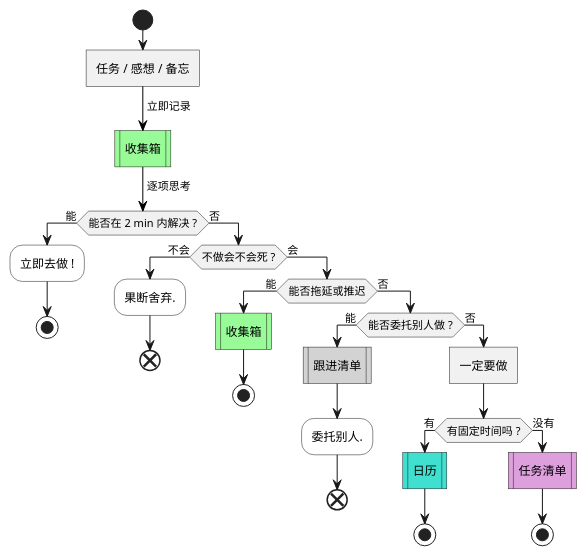
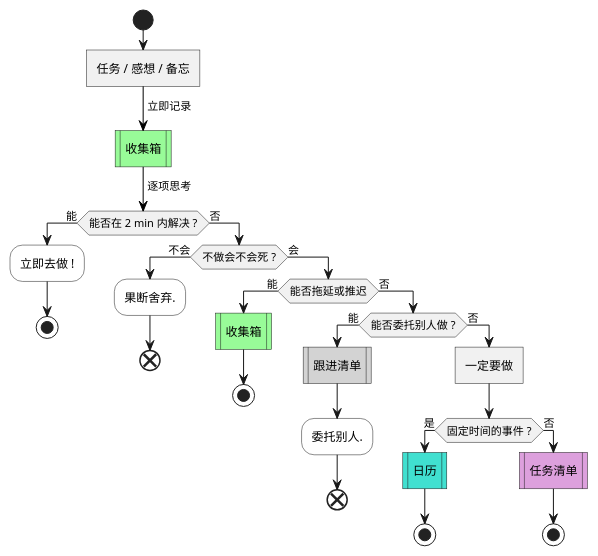
The ninth of 10 diagrams in snips/principles/gtd.md (IceHe/icehe-lib), drawn with PlantUML before and after one commit. The commit also changed other lines of this file and 3 other files, not shown here.

````diff
--- a/snips/principles/gtd.md
+++ b/snips/principles/gtd.md
@@ -345,38 +336,38 @@
 ```plantuml
 @startuml
 start
 :任务 / 感想 / 备忘]
 -[#black]-> 立即记录;
 #paleGreen:收集箱|
 -[#black]-> 逐项思考;
 if (能否在 2 min 内解决 ?) then (能)
     #white:立即去做 !;
     stop
 else (否)
     if (不做会不会死 ?) then (不会)
         #white:果断舍弃.;
         end
     else (会)
         if (能否拖延或推迟) then (能)
             #paleGreen:收集箱|
             stop
         else (否)
             if (能否委托别人做 ?) then (能)
                 #lightGray:跟进清单|
                 #white:委托别人.;
                 end
             else (否)
                 :一定要做]
-                if (有固定时间吗 ?) then (有)
+                if (固定时间的事件 ?) then (是)
                     #turquoise:日历|
                     stop
-                else (没有)
+                else (否)
                     #plum:任务清单|
                     stop
                 endif
             endif
         endif
     endif
 endif
 @enduml
 ```
````
